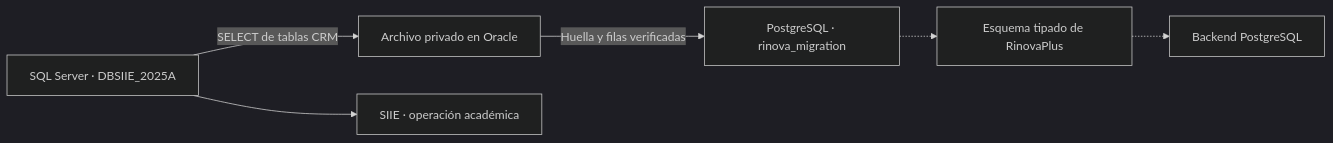
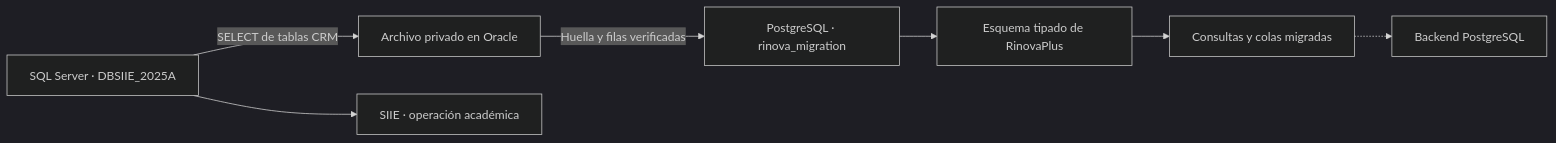
The diagram in docs/deployment/postgresql-migration.md (juampa1329-debug/rinovaplus), drawn with Mermaid (dark theme) before and after one commit. The commit also changed other lines of this file and 7 other files, not shown here.

Commit message:
feat: qualify typed CRM schema and PostgreSQL queue primitives

````diff
--- a/docs/deployment/postgresql-migration.md
+++ b/docs/deployment/postgresql-migration.md
@@ -20,8 +20,9 @@
 ```mermaid
 flowchart LR
     S[SQL Server · DBSIIE_2025A] -->|SELECT de tablas CRM| A[Archivo privado en Oracle]
     A -->|Huella y filas verificadas| P[PostgreSQL · rinova_migration]
-    P -.-> N[Esquema tipado de RinovaPlus]
-    N -.-> B[Backend PostgreSQL]
+    P --> N[Esquema tipado de RinovaPlus]
+    N --> Q[Consultas y colas migradas]
+    Q -.-> B[Backend PostgreSQL]
     S --> E[SIIE · operación académica]
 ```
````
